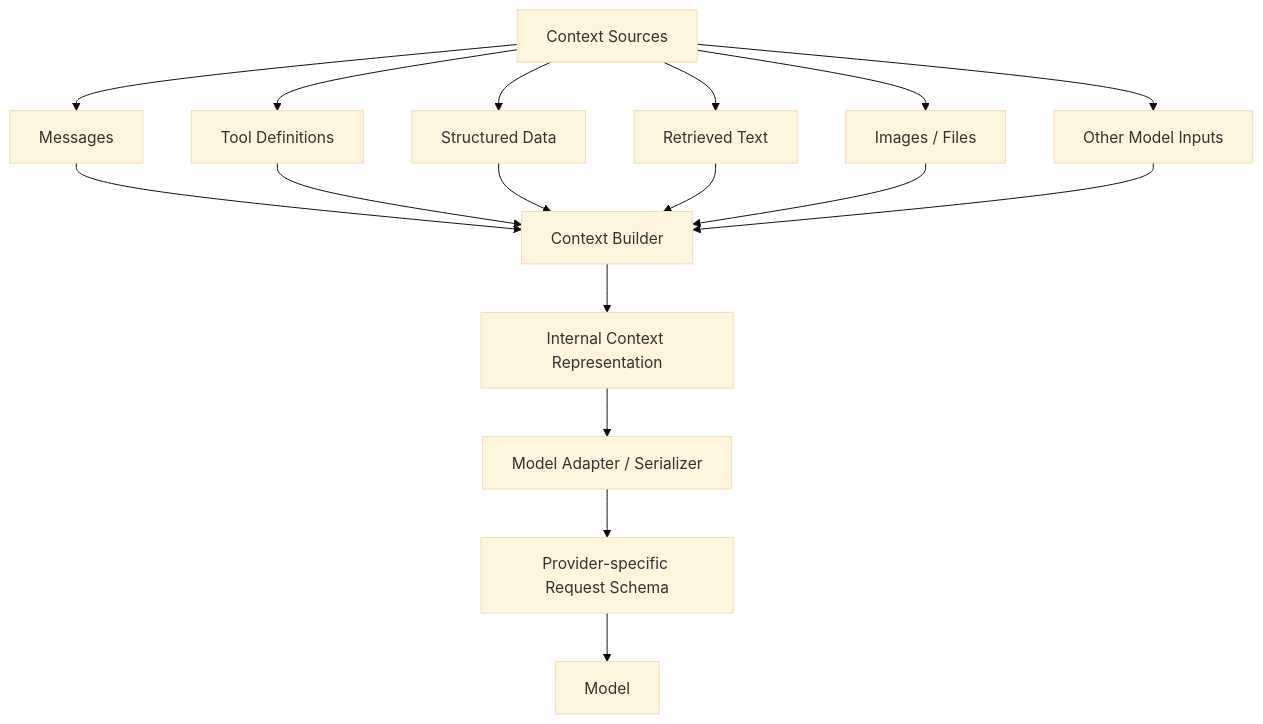
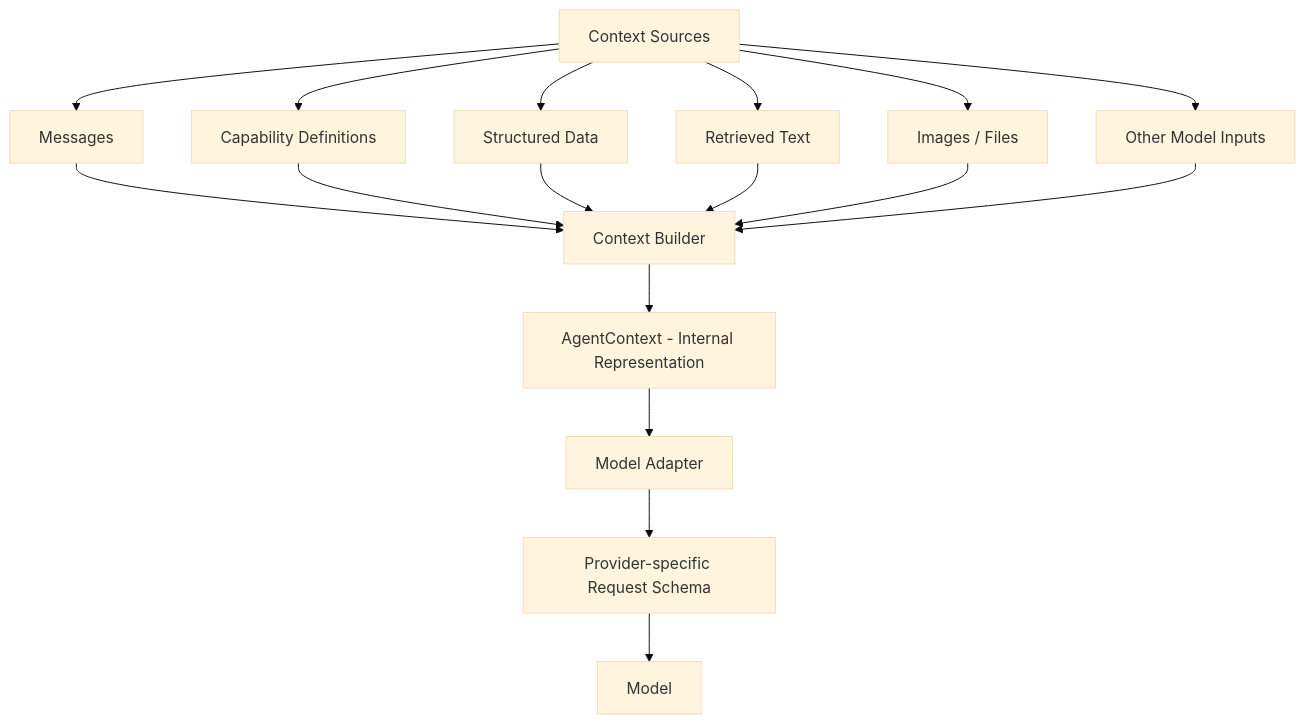
One commit to MaYaoquan/ai-agent-learning changed the second of 5 diagrams in docs/01-agent-fundamentals/03-core-components.md. Above: the diagram before and after it, drawn with Mermaid (base theme). The commit also changed other lines of this file, not shown here.

Commit message:
docs: refine core agent component abstractions

````diff
--- a/docs/01-agent-fundamentals/03-core-components.md
+++ b/docs/01-agent-fundamentals/03-core-components.md
@@ -148,23 +154,23 @@
 ```mermaid
 flowchart TD
     A[Context Sources]
 
     A --> B1[Messages]
-    A --> B2[Tool Definitions]
+    A --> B2[Capability Definitions]
     A --> B3[Structured Data]
     A --> B4[Retrieved Text]
     A --> B5[Images / Files]
     A --> B6[Other Model Inputs]
 
     B1 --> C[Context Builder]
     B2 --> C
     B3 --> C
     B4 --> C
     B5 --> C
     B6 --> C
 
-    C --> D[Internal Context Representation]
-    D --> E[Model Adapter / Serializer]
+    C --> D[AgentContext - Internal Representation]
+    D --> E[Model Adapter]
     E --> F[Provider-specific Request Schema]
     F --> G[Model]
 ```
````
